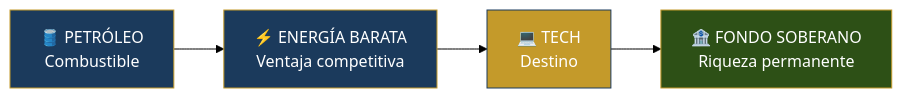
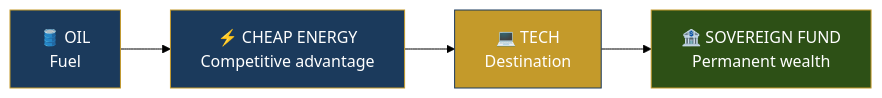
Before and after one commit to Venezuela-S-A/venezuela-sa: the second of 4 diagrams in i18n/en/docusaurus-plugin-content-docs/current/08-pitch/pitch-deck.md, drawn with Mermaid (forest theme). The commit also changed other lines of this file and 127 other files, not shown here.

````diff
--- a/i18n/en/docusaurus-plugin-content-docs/current/08-pitch/pitch-deck.md
+++ b/i18n/en/docusaurus-plugin-content-docs/current/08-pitch/pitch-deck.md
@@ -51,11 +51,11 @@
 ```mermaid
 flowchart LR
-    A["🛢️ PETRÓLEO<br/>Combustible"] --> B["⚡ ENERGÍA BARATA<br/>Ventaja competitiva"]
-    B --> C["💻 TECH<br/>Destino"]
-    C --> D["🏦 FONDO SOBERANO<br/>Riqueza permanente"]
+    A["🛢️ OIL<br/>Fuel"] --> B["⚡ CHEAP ENERGY<br/>Competitive advantage"]
+    B --> C["💻 TECH<br/>Destination"]
+    C --> D["🏦 SOVEREIGN FUND<br/>Permanent wealth"]
 
     style A fill:#1B3A5C,stroke:#C49A2A,color:#fff
     style B fill:#1B3A5C,stroke:#C49A2A,color:#fff
     style C fill:#C49A2A,stroke:#1B3A5C,color:#fff
     style D fill:#2d5016,stroke:#C49A2A,color:#fff
 ```
````
